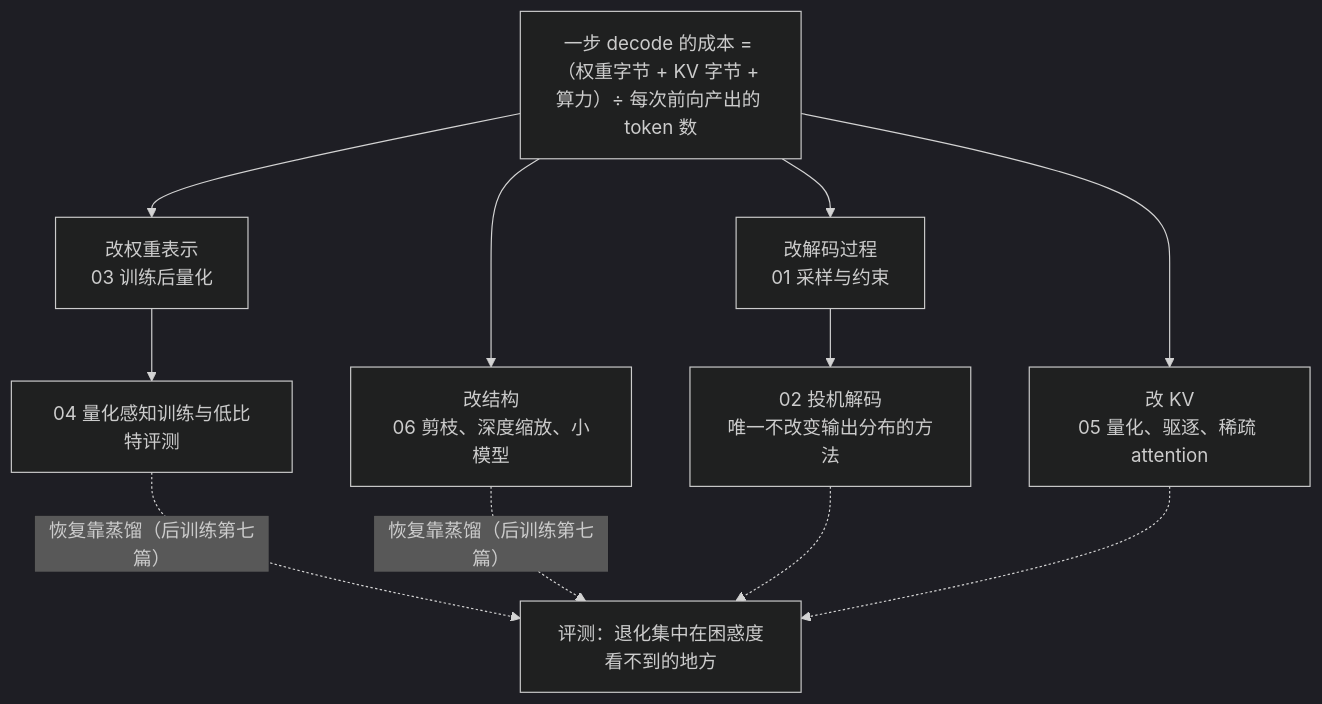
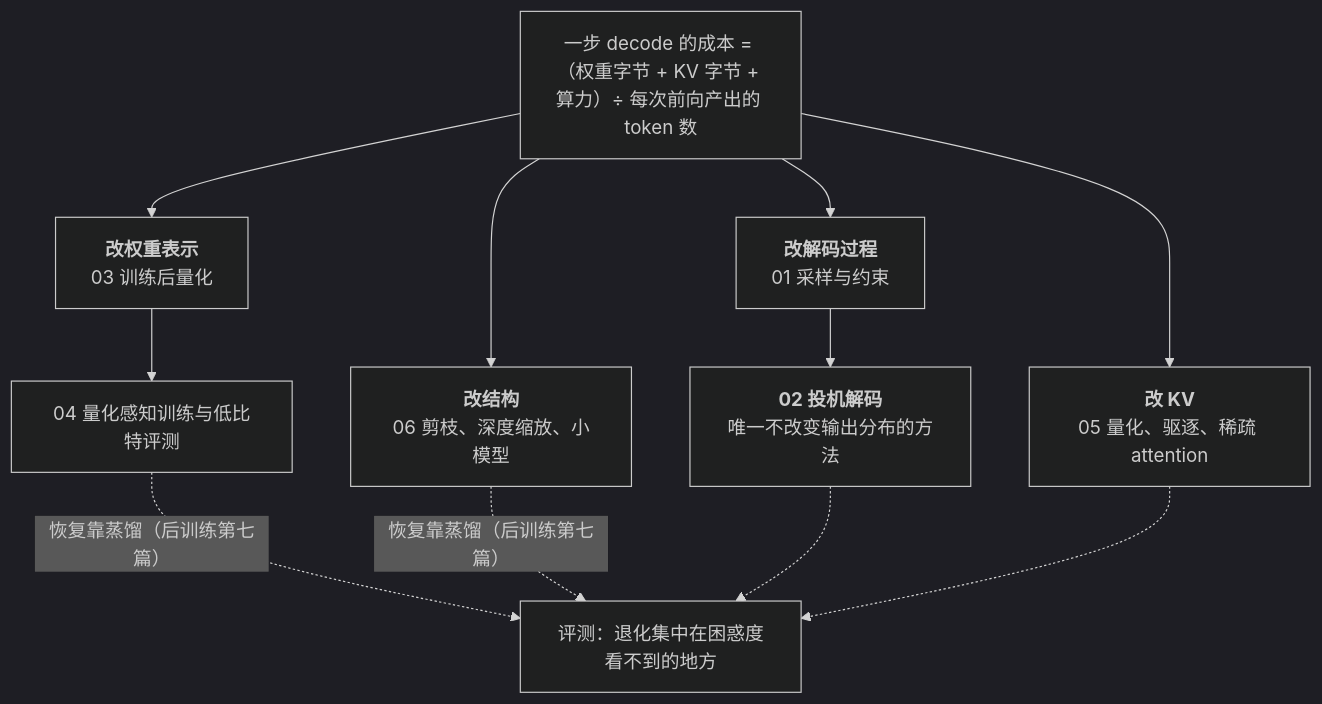
Before and after one commit to arganzheng/arganzheng.github.com: the diagram in _posts/2026-05-01-efficient-inference-series-recap-and-self-test.md, drawn with Mermaid (dark theme). The commit also changed 1 other file, not shown here.

Commit message:
高效推理与压缩（算法侧）：解码、投机、量化与 KV：Mermaid 多行方框的首行标为标题（2 篇）
只在标签开头加 <b>…</b>，文字不变；长句、断句续行、代码 / 推演步骤、
并列行和判断菱形保持原样。

````diff
--- a/_posts/2026-05-01-efficient-inference-series-recap-and-self-test.md
+++ b/_posts/2026-05-01-efficient-inference-series-recap-and-self-test.md
@@ -19,13 +19,13 @@
 ```mermaid
 %%{init: {"flowchart": {"wrappingWidth": 180}}}%%
 %% 图：高效推理系列全景：一步 decode 的成本公式与四条改它的线
 flowchart TB
     C["一步 decode 的成本 = （权重字节 + KV 字节 + 算力）÷ 每次前向产出的 token 数"]
-    C --> D1["改解码过程<br/>01 采样与约束"] --> D2["02 投机解码<br/>唯一不改变输出分布的方法"]
-    C --> W3["改权重表示<br/>03 训练后量化"] --> W4["04 量化感知训练与低比特评测"]
-    C --> K5["改 KV<br/>05 量化、驱逐、稀疏 attention"]
-    C --> P6["改结构<br/>06 剪枝、深度缩放、小模型"]
+    C --> D1["<b>改解码过程</b><br/>01 采样与约束"] --> D2["<b>02 投机解码</b><br/>唯一不改变输出分布的方法"]
+    C --> W3["<b>改权重表示</b><br/>03 训练后量化"] --> W4["04 量化感知训练与低比特评测"]
+    C --> K5["<b>改 KV</b><br/>05 量化、驱逐、稀疏 attention"]
+    C --> P6["<b>改结构</b><br/>06 剪枝、深度缩放、小模型"]
     W4 & P6 -. "恢复靠蒸馏（后训练第七篇）" .-> X["评测：退化集中在困惑度看不到的地方"]
     D2 & K5 -.-> X
 
 ```
````
